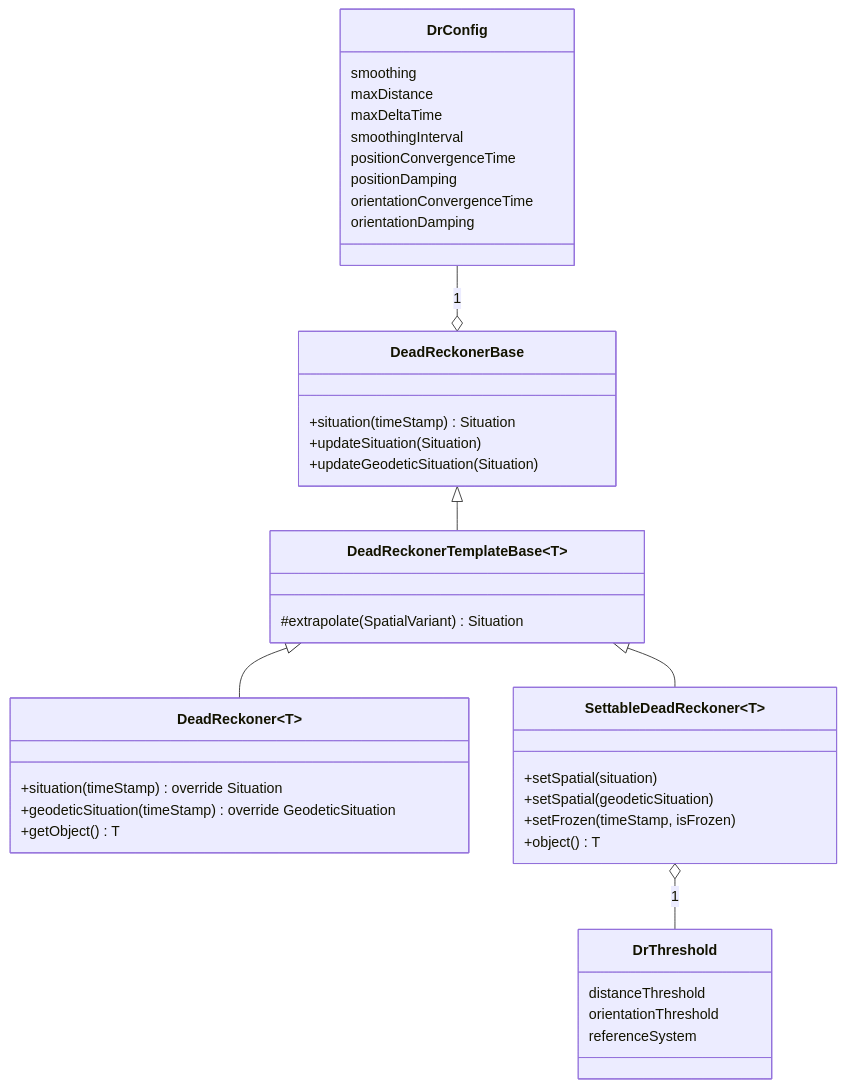
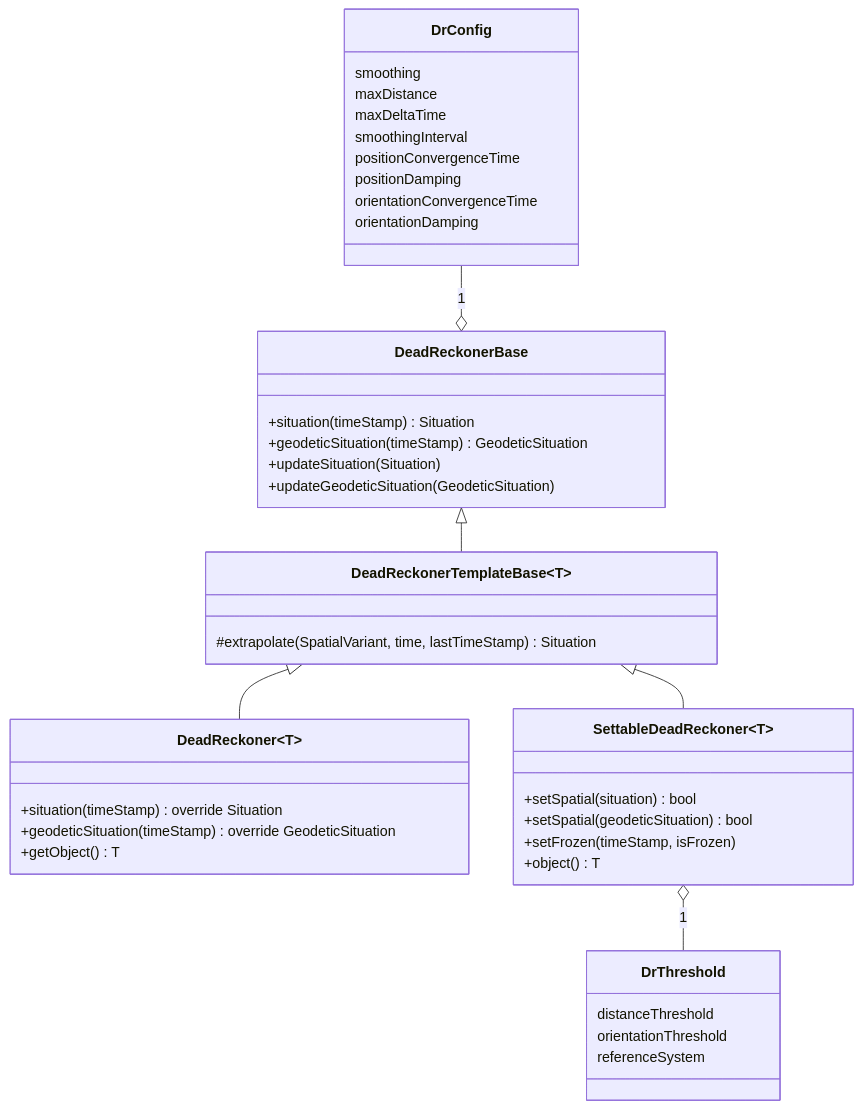
The first of 3 diagrams in docs/users_guide/util_library.md (airbus/sen), drawn with Mermaid before and after one commit. The commit also changed other lines of this file and 131 other files, not shown here.

````diff
--- a/docs/users_guide/util_library.md
+++ b/docs/users_guide/util_library.md
@@ -63,42 +63,43 @@
 ```mermaid
 classDiagram
     class DeadReckonerBase {
         +situation(timeStamp) Situation
+        +geodeticSituation(timeStamp) GeodeticSituation
         +updateSituation(Situation)
-        +updateGeodeticSituation(Situation)
+        +updateGeodeticSituation(GeodeticSituation)
     }
     class DeadReckonerTemplateBase~T~ {
-        #extrapolate(SpatialVariant) Situation
+        #extrapolate(SpatialVariant, time, lastTimeStamp) Situation
     }
     class DeadReckoner~T~ {
         +situation(timeStamp) override Situation
         +geodeticSituation(timeStamp) override GeodeticSituation
         +getObject() T
     }
     class DrConfig {
         smoothing
         maxDistance
         maxDeltaTime
         smoothingInterval
         positionConvergenceTime
         positionDamping
         orientationConvergenceTime
         orientationDamping
     }
     class SettableDeadReckoner~T~ {
-        +setSpatial(situation)
-        +setSpatial(geodeticSituation)
+        +setSpatial(situation) bool
+        +setSpatial(geodeticSituation) bool
         +setFrozen(timeStamp, isFrozen)
         +object() T
     }
     class DrThreshold {
         distanceThreshold
         orientationThreshold
         referenceSystem
     }
     DeadReckonerBase <|-- DeadReckonerTemplateBase~T~
     DeadReckonerTemplateBase~T~ <|-- DeadReckoner
     DeadReckonerTemplateBase~T~ <|-- SettableDeadReckoner
     DrConfig --o DeadReckonerBase : 1
     SettableDeadReckoner o-- DrThreshold : 1
 ```
````
